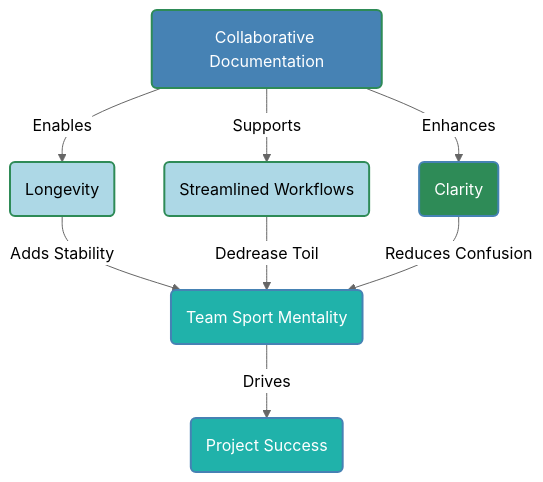
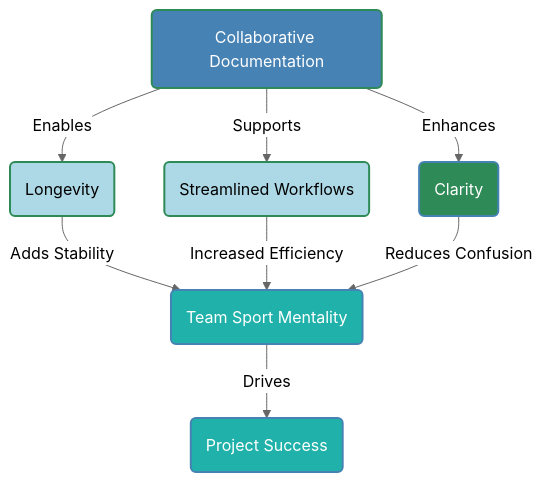
One commit to buckeye43210/markdown-to-snowkb changed the sixth of 6 diagrams in README.md. Above: the diagram before and after it, drawn with Mermaid (neutral theme). The commit also changed other lines of this file, not shown here.

````diff
--- a/README.md
+++ b/README.md
@@ -238,24 +238,24 @@
 ```mermaid
 graph TD
     A(Collaborative Documentation)
     B(Longevity)
     C(Streamlined Workflows)
     D(Clarity)
     E(Team Sport Mentality)
     F(Project Success)
 
     A -->|Enables| B
     A -->|Supports| C
     A -->|Enhances| D
     B -->|Adds Stability| E
-    C -->|Dedrease Toil| E
+    C -->|Increased Efficiency| E
     D -->|Reduces Confusion| E
     E -->|Drives| F
     
     style A fill:#4682B4,stroke:#2E8B57,stroke-width:2px,color:#FFFFFF
     style B fill:#ADD8E6,stroke:#2E8B57,stroke-width:2px
     style C fill:#ADD8E6,stroke:#2E8B57,stroke-width:2px
     style D fill:#2E8B57,stroke:#4682B4,stroke-width:2px,color:#FFFFFF
     style E fill:#20B2AA,stroke:#4682B4,stroke-width:2px,color:#FFFFFF
     style F fill:#20B2AA,stroke:#4682B4,stroke-width:2px,color:#FFFFFF
 ```
````
